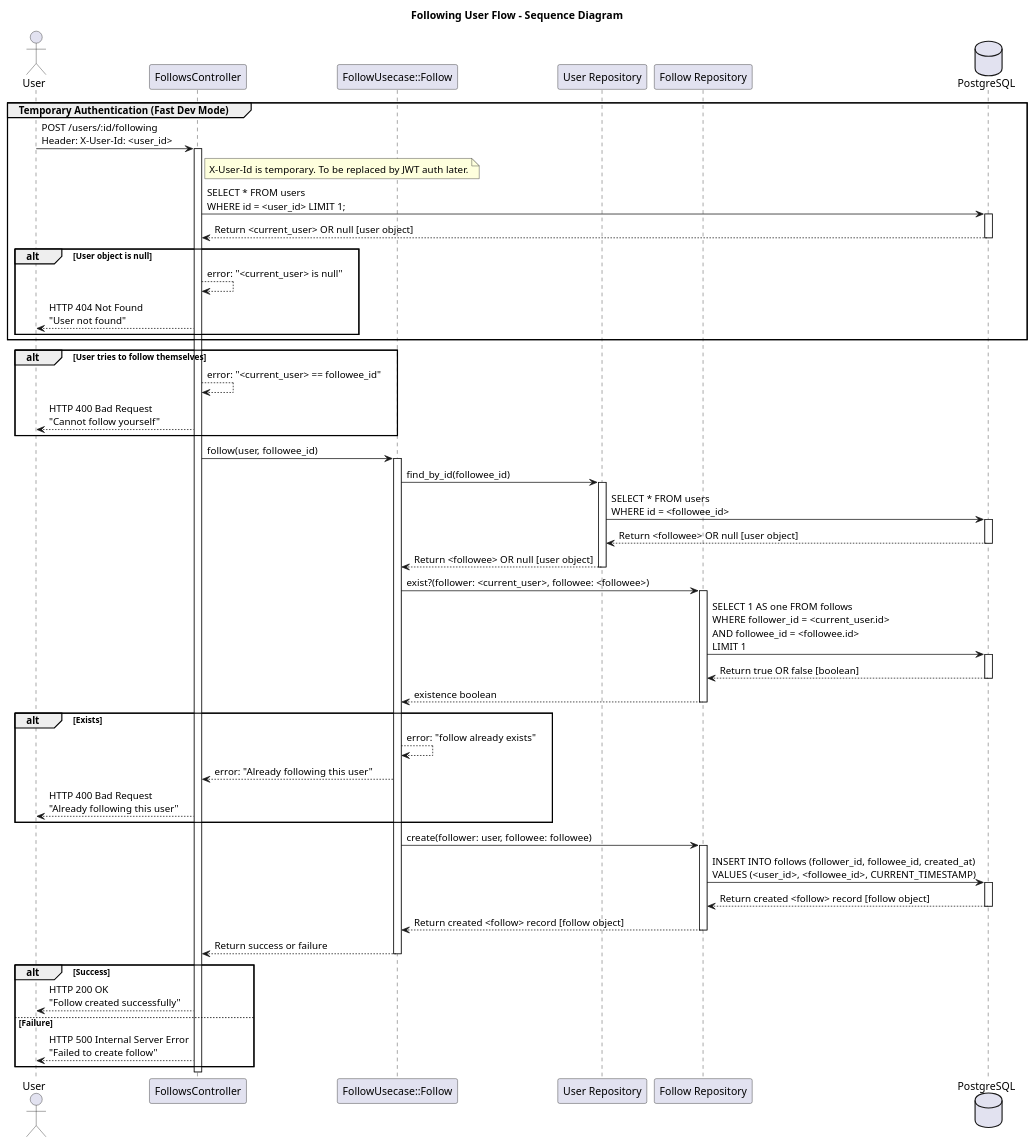
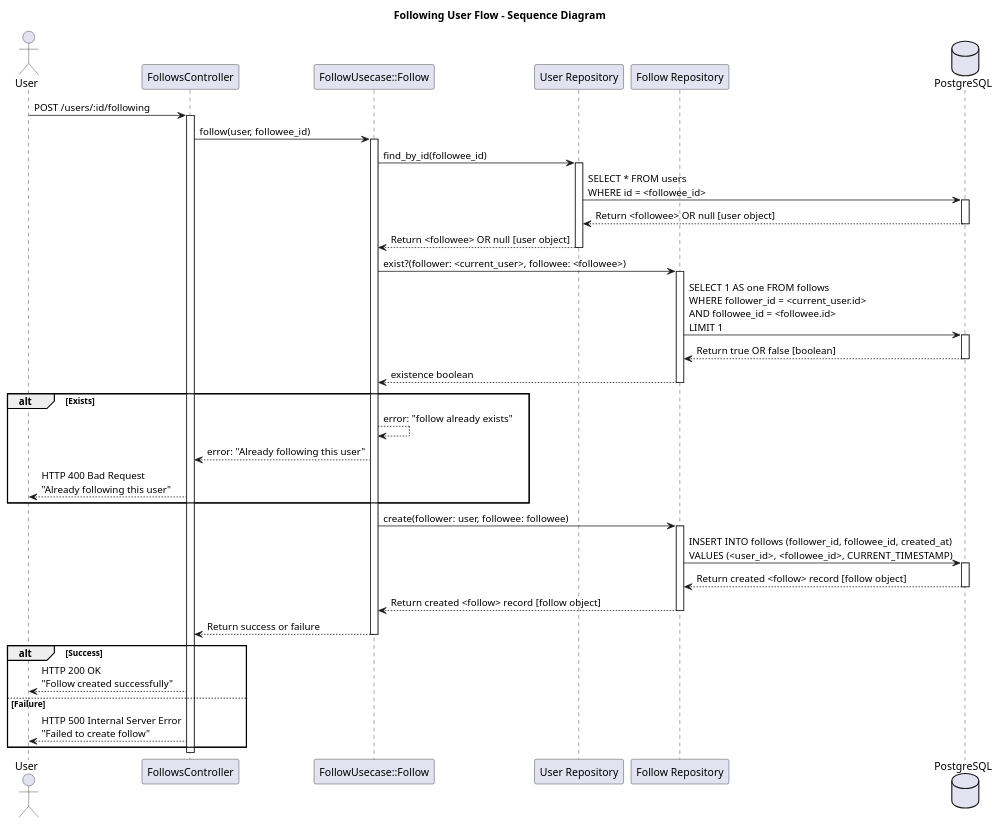
One commit to wisnuaga/good-night changed the diagram in docs/diagram/FollowingUserFlow.plantuml. Above: the diagram before and after it, drawn with PlantUML. The commit also changed 3 other files, not shown here.

```diff
--- a/docs/diagram/FollowingUserFlow.plantuml
+++ b/docs/diagram/FollowingUserFlow.plantuml
@@ -1,82 +1,60 @@
 @startuml FollowingUserFlow
 title Following User Flow - Sequence Diagram
 
 ' Define actors and components
 actor User
 participant "FollowsController" as Controller
 participant "FollowUsecase::Follow" as Usecase
 participant "User Repository" as UserRepository
 participant "Follow Repository" as FollowRepository
 database "PostgreSQL" as DB
 
-' Temporary auth via X-User-Id header (for fast development, to be replaced later)
-group Temporary Authentication (Fast Dev Mode)
-    User -> Controller: POST /users/:id/following\nHeader: X-User-Id: <user_id>
-    activate Controller
-
-    note right of Controller
-      X-User-Id is temporary. To be replaced by JWT auth later.
-    end note
-
-    Controller -> DB: SELECT * FROM users\nWHERE id = <user_id> LIMIT 1;
-    activate DB
-    DB --> Controller: Return <current_user> OR null [user object]
-    deactivate DB
-
-    alt User object is null
-        Controller --> Controller: error: "<current_user> is null"
-        Controller --> User: HTTP 404 Not Found\n"User not found"
-    end
-end group
-
-alt User tries to follow themselves
-    Controller --> Controller: error: "<current_user> == followee_id"
-    Controller --> User: HTTP 400 Bad Request\n"Cannot follow yourself"
-end
+User -> Controller: POST /users/:id/following
+activate Controller
 
 Controller -> Usecase: follow(user, followee_id)
 activate Usecase
 
 Usecase -> UserRepository: find_by_id(followee_id)
 activate UserRepository
 UserRepository -> DB: SELECT * FROM users\nWHERE id = <followee_id>
 activate DB
 DB --> UserRepository: Return <followee> OR null [user object]
 deactivate DB
 UserRepository --> Usecase: Return <followee> OR null [user object]
 deactivate UserRepository
 
 Usecase -> FollowRepository: exist?(follower: <current_user>, followee: <followee>)
 activate FollowRepository
 FollowRepository -> DB: SELECT 1 AS one FROM follows\nWHERE follower_id = <current_user.id>\nAND followee_id = <followee.id>\nLIMIT 1
 activate DB
 DB --> FollowRepository: Return true OR false [boolean]
 deactivate DB
 FollowRepository --> Usecase: existence boolean
 deactivate FollowRepository
 
 alt Exists
     Usecase --> Usecase: error: "follow already exists"
     Usecase --> Controller: error: "Already following this user"
     Controller --> User: HTTP 400 Bad Request\n"Already following this user"
 end
 
 Usecase -> FollowRepository: create(follower: user, followee: followee)
 activate FollowRepository
 FollowRepository -> DB: INSERT INTO follows (follower_id, followee_id, created_at)\nVALUES (<user_id>, <followee_id>, CURRENT_TIMESTAMP)
 activate DB
 DB --> FollowRepository: Return created <follow> record [follow object]
 deactivate DB
 FollowRepository --> Usecase: Return created <follow> record [follow object]
 deactivate FollowRepository
 Usecase --> Controller: Return success or failure
 deactivate Usecase
 
 alt Success    
     Controller --> User: HTTP 200 OK\n"Follow created successfully"
 else Failure
     Controller --> User: HTTP 500 Internal Server Error\n"Failed to create follow"
 end
 deactivate Controller
 
 @enduml
```
